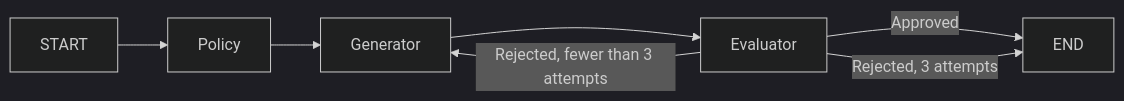
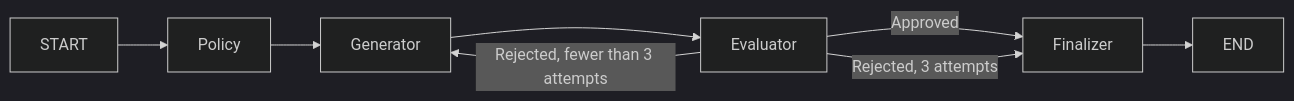
Before and after one commit to danillofratta/smartcommerce-ai-lab: the diagram in 01-agent-orchestration/05-evaluator-optimizer/README.md, drawn with Mermaid (dark theme). The commit also changed other lines of this file and 1 other file, not shown here.

````diff
--- a/01-agent-orchestration/05-evaluator-optimizer/README.md
+++ b/01-agent-orchestration/05-evaluator-optimizer/README.md
@@ -7,9 +7,10 @@
 ```mermaid
 flowchart LR
     START --> Policy
     Policy --> Generator
     Generator --> Evaluator
-    Evaluator -->|Approved| END
+    Evaluator -->|Approved| Finalizer
     Evaluator -->|Rejected, fewer than 3 attempts| Generator
-    Evaluator -->|Rejected, 3 attempts| END
+    Evaluator -->|Rejected, 3 attempts| Finalizer
+    Finalizer --> END
 ```
````
